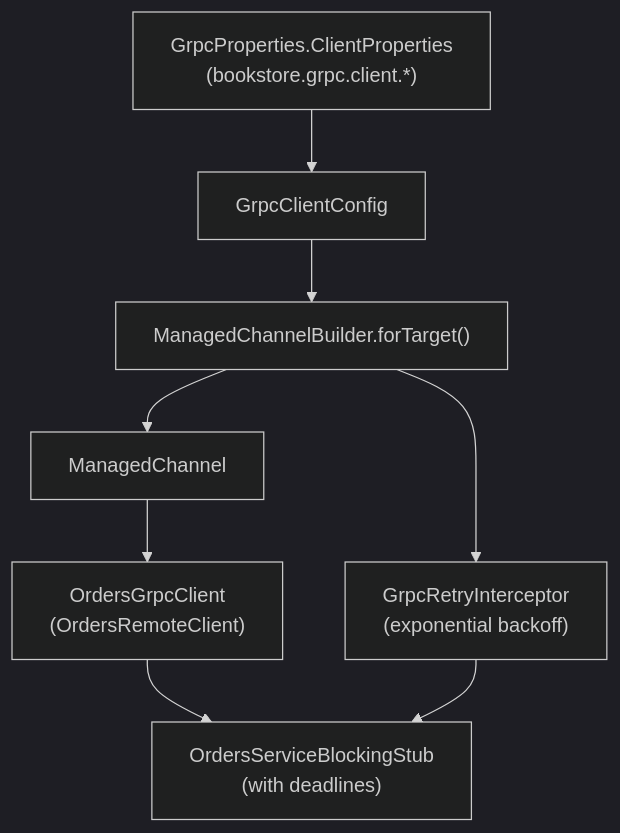
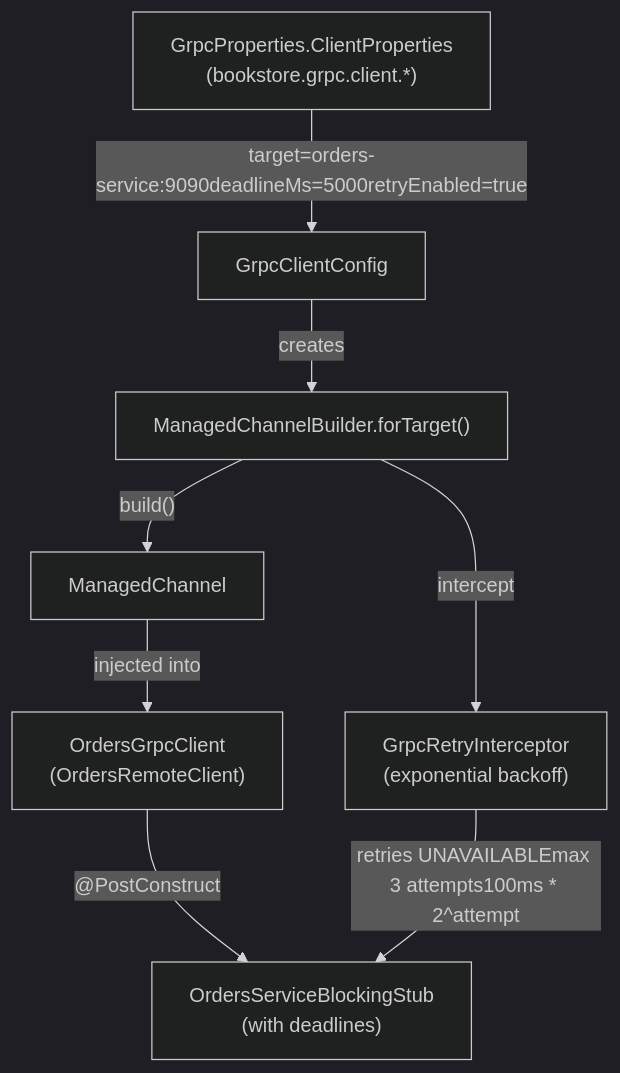
One commit to philipz/spring-modular-monolith changed the second of 6 diagrams in docs/deepwiki/gRPC-Services-and-Protocol-Buffers.md. Above: the diagram before and after it, drawn with Mermaid (dark theme). The commit also changed other lines of this file and 55 other files, not shown here.

````diff
--- a/docs/deepwiki/gRPC-Services-and-Protocol-Buffers.md
+++ b/docs/deepwiki/gRPC-Services-and-Protocol-Buffers.md
@@ -141,19 +141,19 @@
 ```mermaid
 flowchart TD
 
 ClientProperties["GrpcProperties.ClientProperties<br>(bookstore.grpc.client.*)"]
 GrpcClientConfig["GrpcClientConfig"]
 ManagedChannelBuilder["ManagedChannelBuilder.forTarget()"]
 GrpcRetryInterceptor["GrpcRetryInterceptor<br>(exponential backoff)"]
 ManagedChannel["ManagedChannel"]
 OrdersGrpcClient["OrdersGrpcClient<br>(OrdersRemoteClient)"]
 BlockingStub["OrdersServiceBlockingStub<br>(with deadlines)"]
 
-ClientProperties --> GrpcClientConfig
-GrpcClientConfig --> ManagedChannelBuilder
-ManagedChannelBuilder --> GrpcRetryInterceptor
-ManagedChannelBuilder --> ManagedChannel
-ManagedChannel --> OrdersGrpcClient
-OrdersGrpcClient --> BlockingStub
-GrpcRetryInterceptor --> BlockingStub
+ClientProperties -->|"target=orders-service:9090deadlineMs=5000retryEnabled=true"| GrpcClientConfig
+GrpcClientConfig -->|"creates"| ManagedChannelBuilder
+ManagedChannelBuilder -->|"intercept"| GrpcRetryInterceptor
+ManagedChannelBuilder -->|"build()"| ManagedChannel
+ManagedChannel -->|"injected into"| OrdersGrpcClient
+OrdersGrpcClient -->|"@PostConstruct"| BlockingStub
+GrpcRetryInterceptor -->|"retries UNAVAILABLEmax 3 attempts100ms * 2^attempt"| BlockingStub
 ```
````
